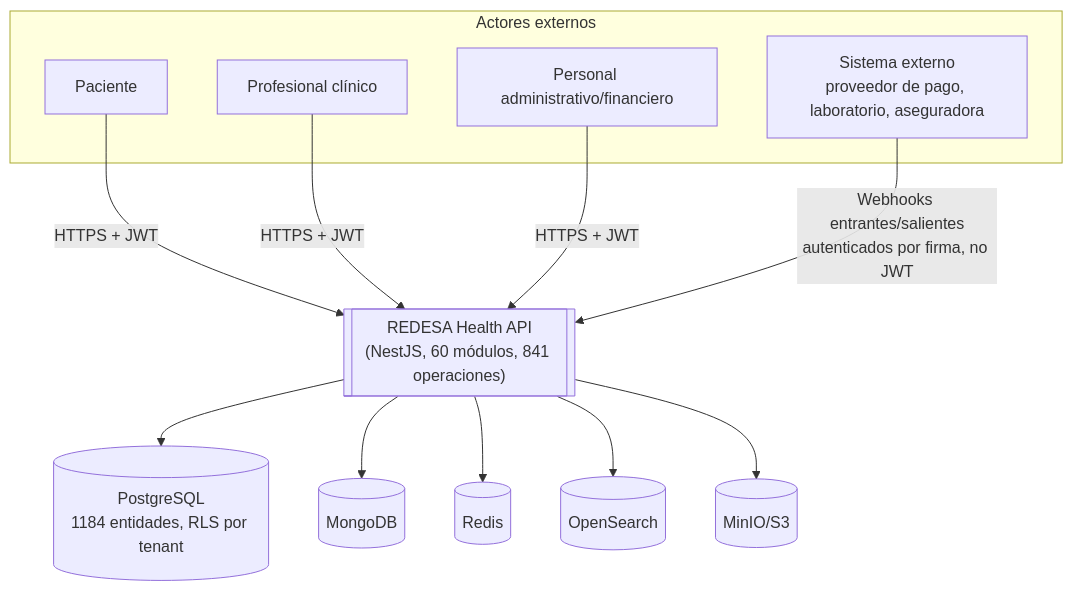
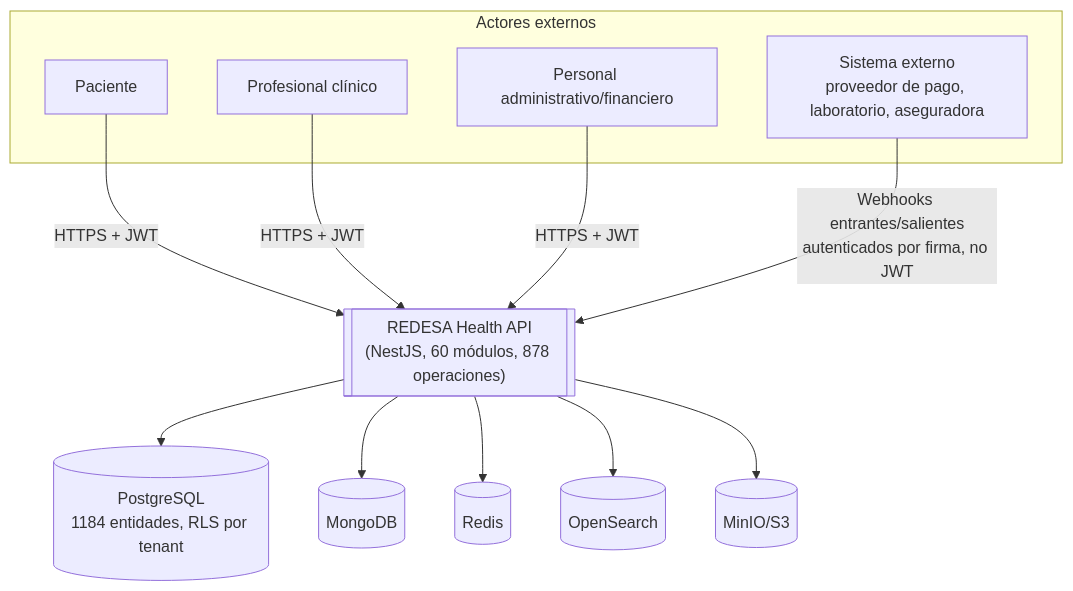
Before and after one commit to mdavila-2001/mantra-core-health-api: the diagram in docs/architecture/system-context.md, drawn with Mermaid. The commit also changed 97 other files, not shown here.

````diff
--- a/docs/architecture/system-context.md
+++ b/docs/architecture/system-context.md
@@ -5,22 +5,22 @@
 ```mermaid
 flowchart TB
   subgraph Actores externos
     Patient[Paciente]
     Clinician[Profesional clínico]
     Admin[Personal administrativo/financiero]
     Partner[Sistema externo<br/>proveedor de pago, laboratorio, aseguradora]
   end
 
-  API[["REDESA Health API<br/>(NestJS, 60 módulos, 841 operaciones)"]]
+  API[["REDESA Health API<br/>(NestJS, 60 módulos, 878 operaciones)"]]
 
   Patient -->|HTTPS + JWT| API
   Clinician -->|HTTPS + JWT| API
   Admin -->|HTTPS + JWT| API
   Partner -->|Webhooks entrantes/salientes<br/>autenticados por firma, no JWT| API
 
   API --> PG[(PostgreSQL<br/>1184 entidades, RLS por tenant)]
   API --> Mongo[(MongoDB)]
   API --> Redis[(Redis)]
   API --> OS[(OpenSearch)]
   API --> MinIO[(MinIO/S3)]
 ```
````
